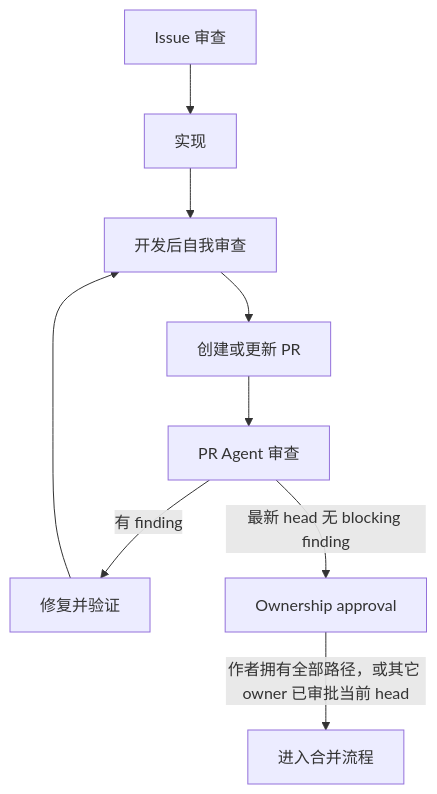
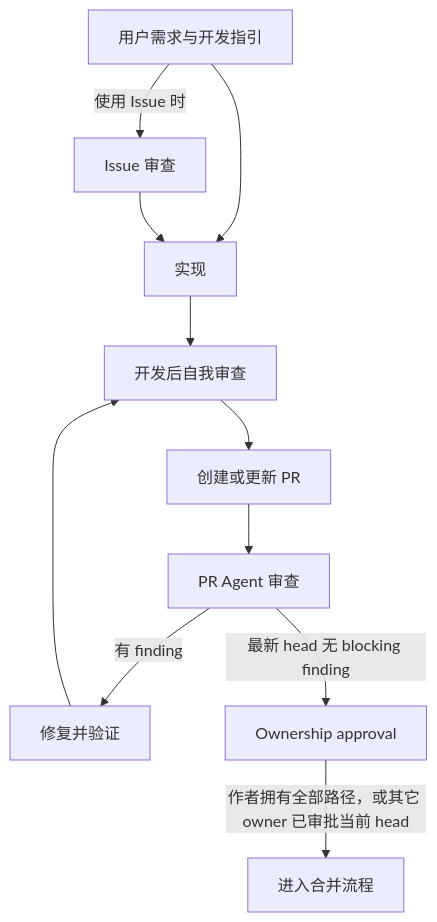
Before and after one commit to GizClaw/gizos: the diagram in guides/zh/reviewing/index.md, drawn with Mermaid. The commit also changed other lines of this file and 113 other files, not shown here.

````diff
--- a/guides/zh/reviewing/index.md
+++ b/guides/zh/reviewing/index.md
@@ -17,11 +17,13 @@
 ```mermaid
 flowchart TD
-    Issue["Issue 审查"] --> Implement["实现"]
+    Requirements["用户需求与开发指引"] --> Implement["实现"]
+    Requirements -->|"使用 Issue 时"| Issue["Issue 审查"]
+    Issue --> Implement
     Implement --> SelfReview["开发后自我审查"]
     SelfReview --> PullRequest["创建或更新 PR"]
     PullRequest --> AgentReview["PR Agent 审查"]
     AgentReview -->|"有 finding"| Fix["修复并验证"]
     Fix --> SelfReview
     AgentReview -->|"最新 head 无 blocking finding"| Ownership["Ownership approval"]
     Ownership -->|"作者拥有全部路径，或其它 owner 已审批当前 head"| Merge["进入合并流程"]
 ```
````
